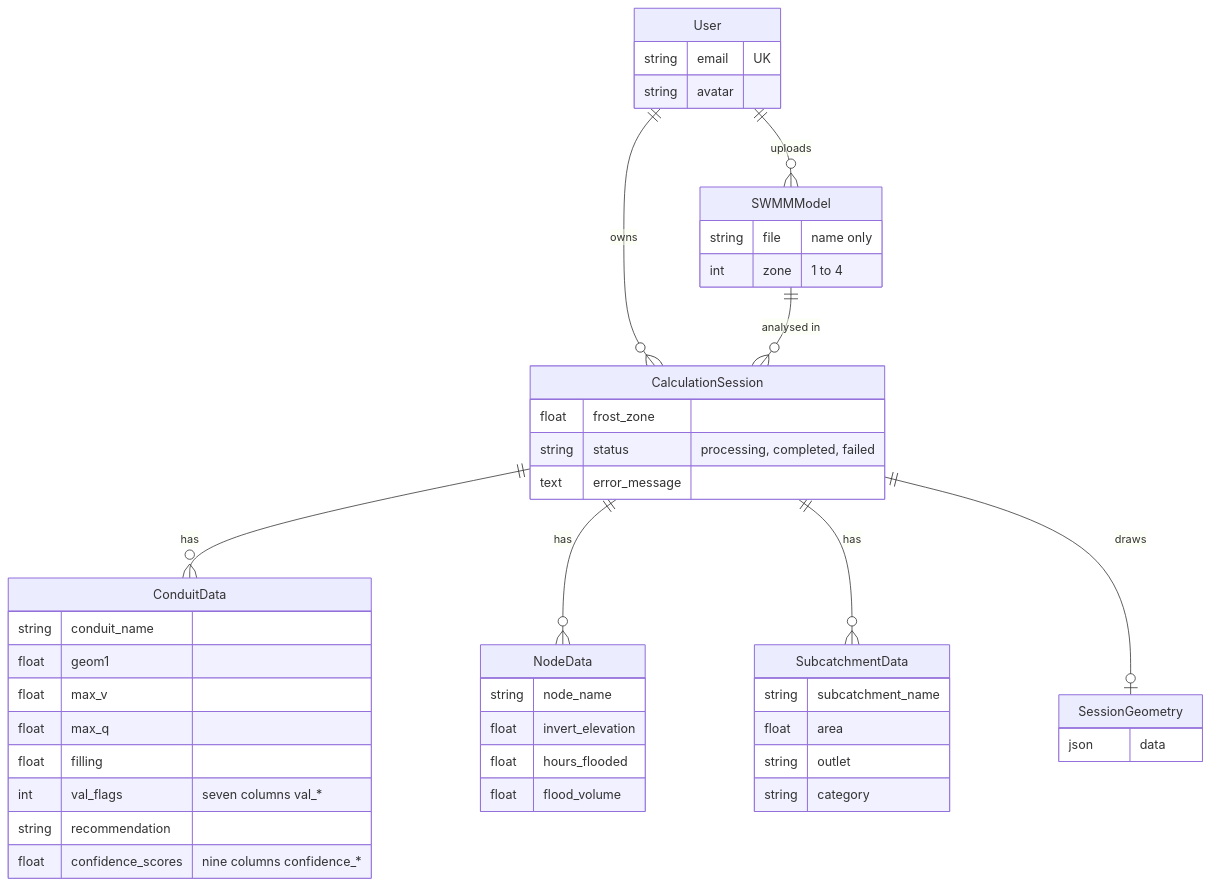
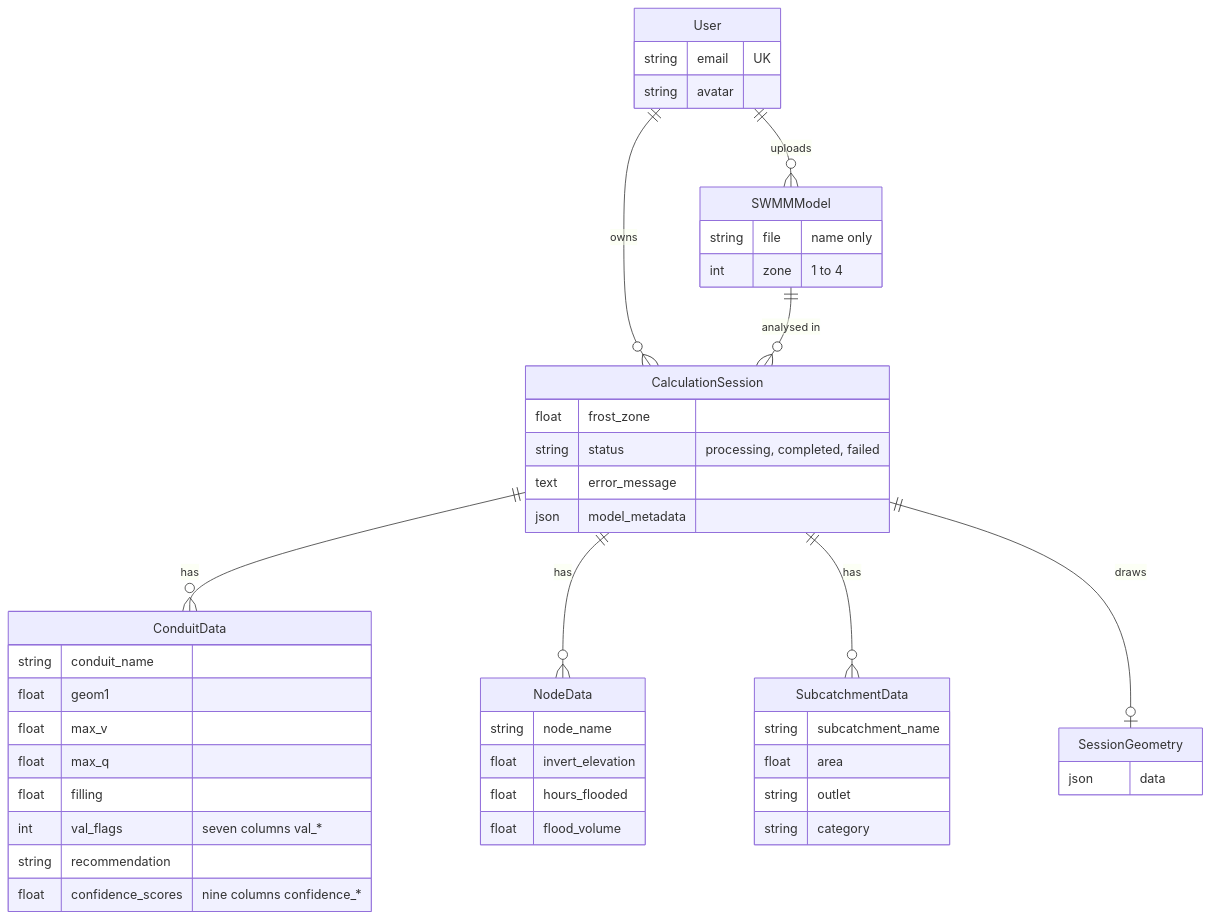
The fourth of 4 diagrams in docs/architecture.md (BuczynskiRafal/stormlab), drawn with Mermaid before and after one commit. The commit also changed other lines of this file and 5 other files, not shown here.

````diff
--- a/docs/architecture.md
+++ b/docs/architecture.md
@@ -215,48 +215,49 @@
 ```mermaid
 erDiagram
     User ||--o{ SWMMModel : uploads
     User ||--o{ CalculationSession : owns
     SWMMModel ||--o{ CalculationSession : "analysed in"
     CalculationSession ||--o{ ConduitData : has
     CalculationSession ||--o{ NodeData : has
     CalculationSession ||--o{ SubcatchmentData : has
     CalculationSession ||--o| SessionGeometry : draws
     User {
         string email UK
         string avatar
     }
     SWMMModel {
         string file "name only"
         int zone "1 to 4"
     }
     CalculationSession {
         float frost_zone
         string status "processing, completed, failed"
         text error_message
+        json model_metadata
     }
     ConduitData {
         string conduit_name
         float geom1
         float max_v
         float max_q
         float filling
         int val_flags "seven columns val_*"
         string recommendation
         float confidence_scores "nine columns confidence_*"
     }
     NodeData {
         string node_name
         float invert_elevation
         float hours_flooded
         float flood_volume
     }
     SubcatchmentData {
         string subcatchment_name
         float area
         string outlet
         string category
     }
     SessionGeometry {
         json data
     }
 ```
````
